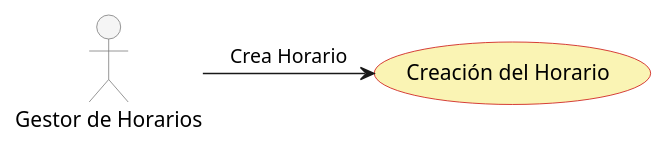
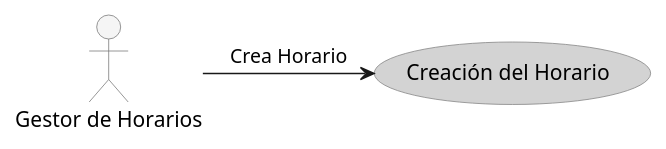
The diagram in Casos de Uso/Creacion del horario.puml (FernandoWilliam26/23-24-IdSw1-SDR), drawn with PlantUML before and after one commit. The commit also changed 1 other file, not shown here.

```diff
--- a/Casos de Uso/Creacion del horario.puml
+++ b/Casos de Uso/Creacion del horario.puml
@@ -1,18 +1,18 @@
 @startuml
 
 skinparam usecase {
-  BackgroundColor #faf4b4
-  BorderColor #c90000
+  BackgroundColor #D3D3D3  
+  BorderColor #808080     
 }
 
 skinparam actor {
   BackgroundColor #f5f5f5
   BorderColor #757575
 }
 
 actor "Gestor de Horarios" as Gestor
 usecase "Creación del Horario" as Creacion
 
 Gestor -right-> Creacion : Crea Horario
 
 @enduml
```
